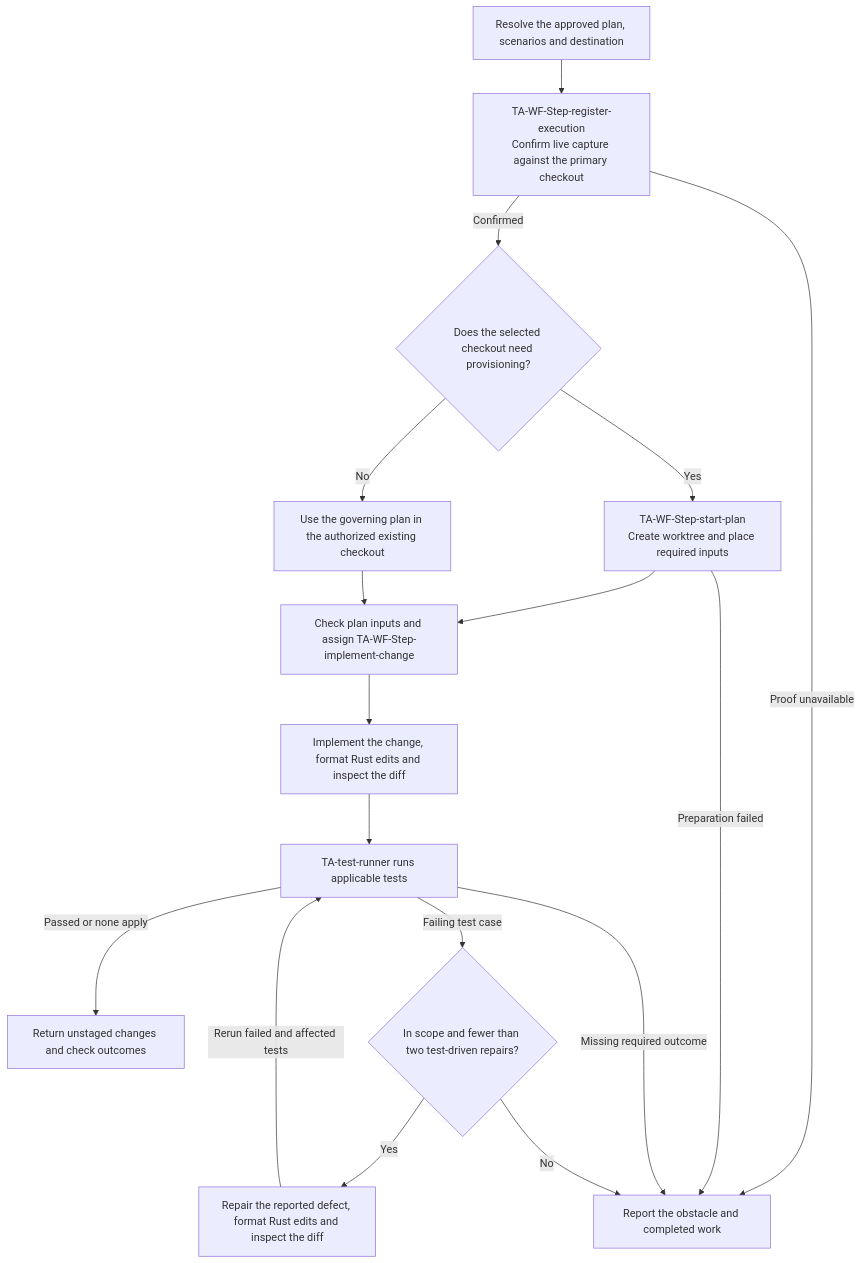
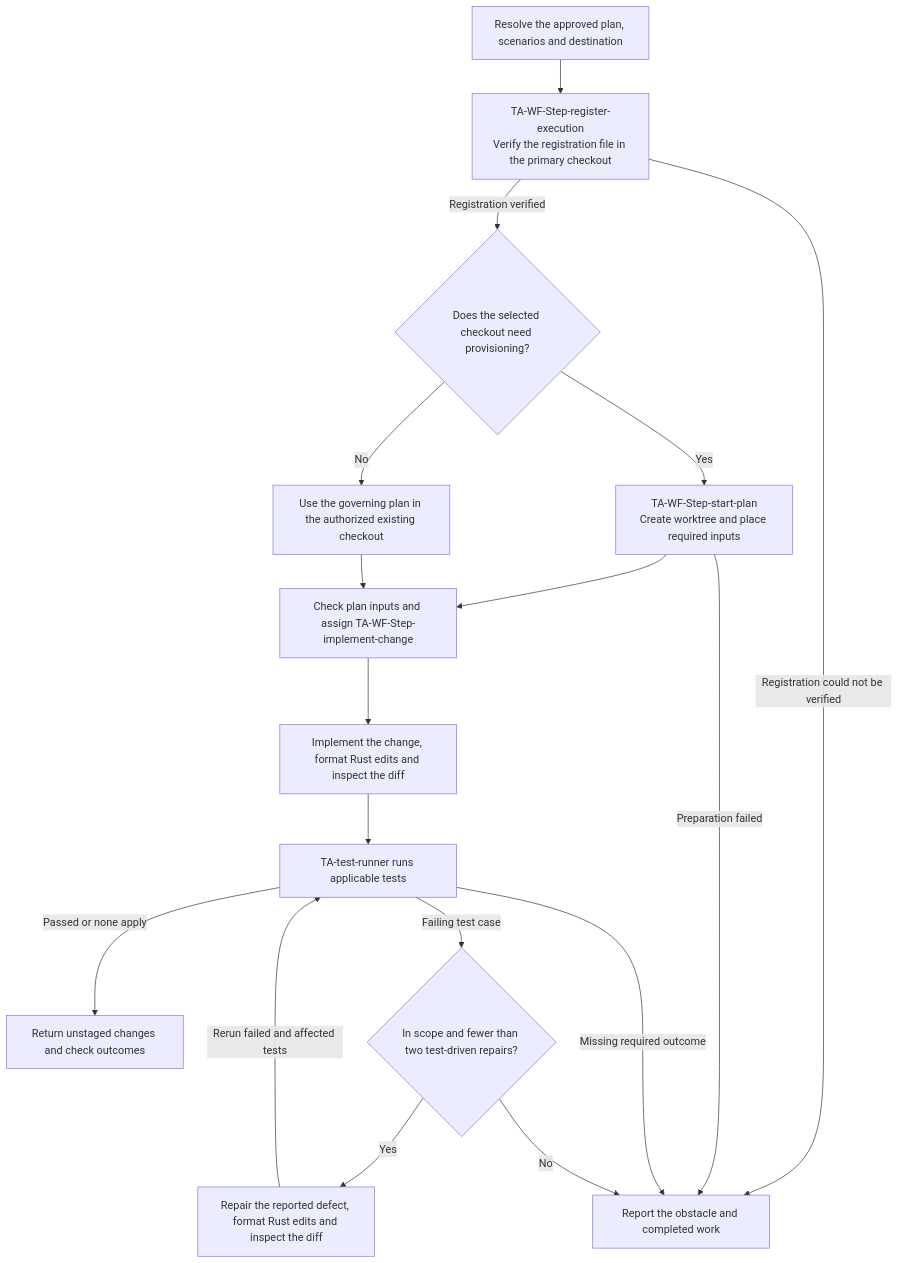
Before and after one commit to tomek-anuszkiewicz/amiga-studio: the second of 6 diagrams in .agents/skills/README.md, drawn with Mermaid. The commit also changed other lines of this file and 8 other files, not shown here.

Commit message:
Verify saved execution registration before implementation

````diff
--- a/.agents/skills/README.md
+++ b/.agents/skills/README.md
@@ -60,20 +60,20 @@
 ```mermaid
 flowchart TD
     Inputs["Resolve the approved plan, scenarios and destination"]
-    Inputs --> Register["TA-WF-Step-register-execution<br/>Confirm live capture against the primary checkout"]
-    Register -->|Confirmed| Checkout{"Does the selected checkout need provisioning?"}
-    Register -->|Proof unavailable| Report["Report the obstacle and completed work"]
+    Inputs --> Register["TA-WF-Step-register-execution<br/>Verify the registration file in the primary checkout"]
+    Register -->|Registration verified| Checkout{"Does the selected checkout need provisioning?"}
+    Register -->|Registration could not be verified| Report["Report the obstacle and completed work"]
     Checkout -->|Yes| Provision["TA-WF-Step-start-plan<br/>Create worktree and place required inputs"]
     Checkout -->|No| Existing["Use the governing plan in the authorized existing checkout"]
     Provision --> Assign["Check plan inputs and assign TA-WF-Step-implement-change"]
     Existing --> Assign
     Provision -->|Preparation failed| Report
     Assign --> Implement["Implement the change, format Rust edits and inspect the diff"]
     Implement --> Tests["TA-test-runner runs applicable tests"]
     Tests -->|Passed or none apply| Result["Return unstaged changes and check outcomes"]
     Tests -->|Missing required outcome| Report
     Tests -->|Failing test case| Limit{"In scope and fewer than two test-driven repairs?"}
     Limit -->|Yes| Repair["Repair the reported defect, format Rust edits and inspect the diff"]
     Repair -->|Rerun failed and affected tests| Tests
     Limit -->|No| Report
 ```
````
